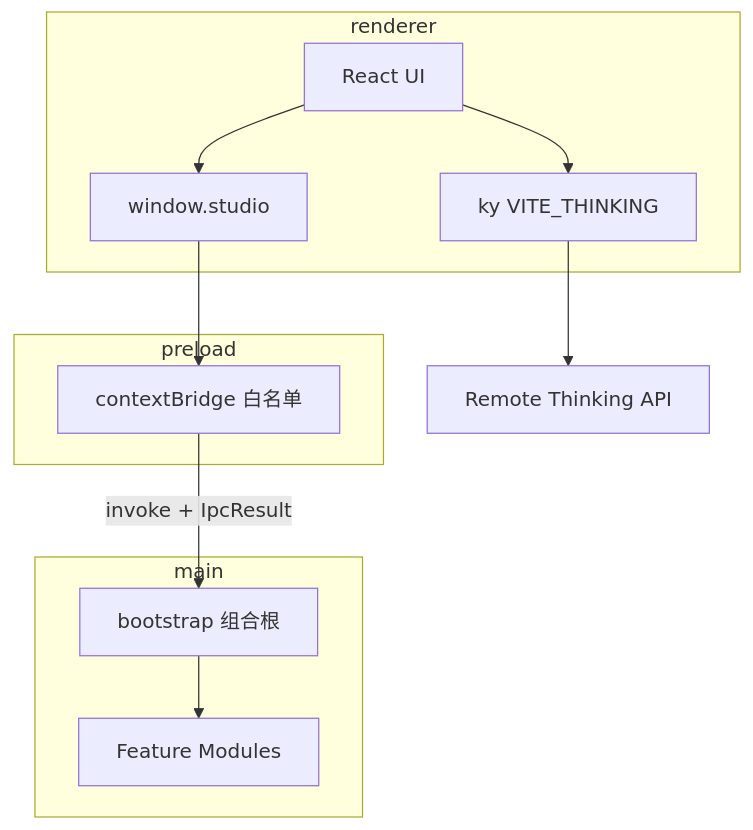
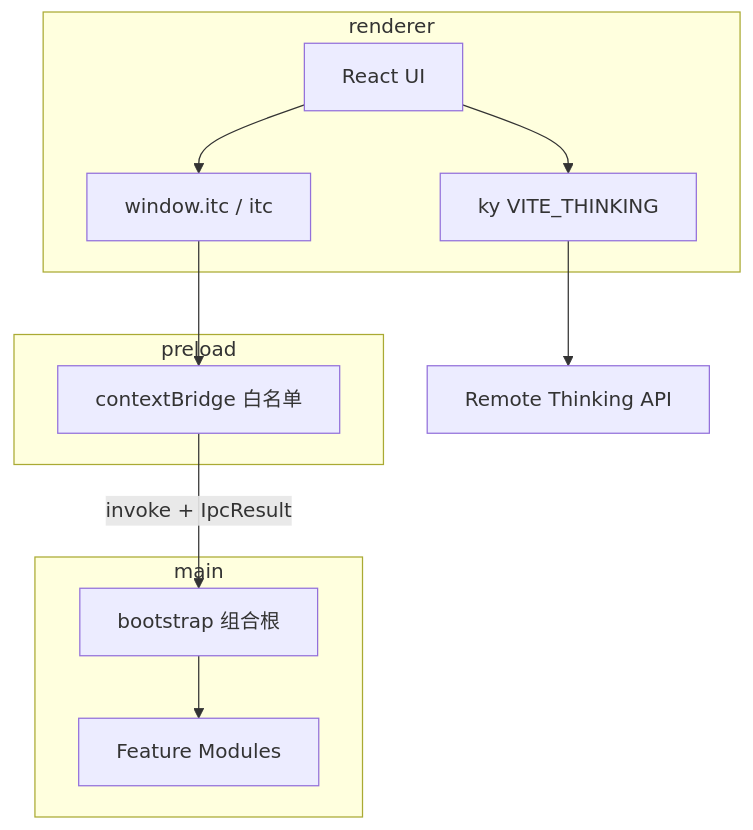
The diagram in apps/studio/docs/architecture.md (layenbrank/i-thinking), drawn with Mermaid before and after one commit. The commit also changed other lines of this file and 12 other files, not shown here.

First line of the commit message:
docs(studio): 按 shared IPC 与 itc 桥重写基线文档

````diff
--- a/apps/studio/docs/architecture.md
+++ b/apps/studio/docs/architecture.md
@@ -19,22 +21,22 @@
 ```mermaid
 flowchart TB
   subgraph renderer [renderer]
     UI[React UI]
-    SDK["window.studio"]
+    SDK["window.itc / itc"]
     HTTP[ky VITE_THINKING]
   end
   subgraph preload [preload]
     Bridge[contextBridge 白名单]
   end
   subgraph main [main]
     Boot[bootstrap 组合根]
     Mods[Feature Modules]
   end
   Cloud[Remote Thinking API]
   UI --> SDK
   SDK --> Bridge
   Bridge -->|invoke + IpcResult| Boot
   Boot --> Mods
   UI --> HTTP
   HTTP --> Cloud
 ```
````
